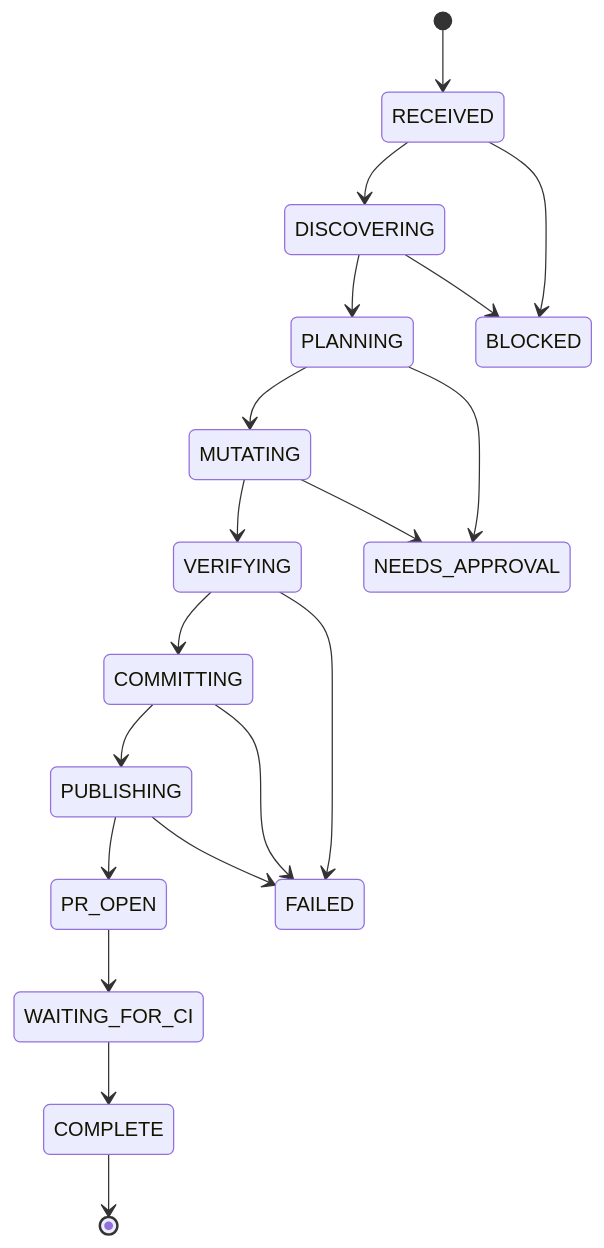
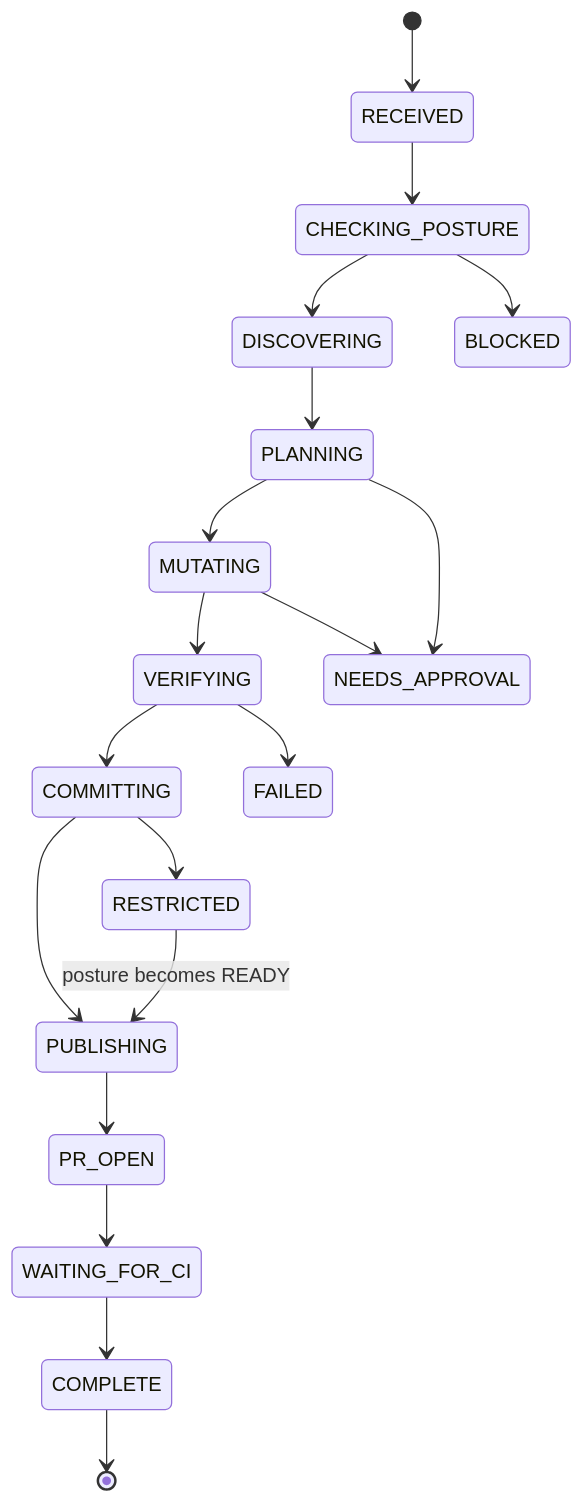
One commit to tomo-chan/agent-harness changed the third of 4 diagrams in docs/01-architecture.md. Above: the diagram before and after it, drawn with Mermaid. The commit also changed other lines of this file, not shown here.

Commit message:
docs: add posture-aware simple deployment architecture

````diff
--- a/docs/01-architecture.md
+++ b/docs/01-architecture.md
@@ -40,22 +56,22 @@
 ```mermaid
 stateDiagram-v2
     [*] --> RECEIVED
-    RECEIVED --> DISCOVERING
+    RECEIVED --> CHECKING_POSTURE
+    CHECKING_POSTURE --> DISCOVERING
     DISCOVERING --> PLANNING
     PLANNING --> MUTATING
     MUTATING --> VERIFYING
     VERIFYING --> COMMITTING
     COMMITTING --> PUBLISHING
     PUBLISHING --> PR_OPEN
     PR_OPEN --> WAITING_FOR_CI
     WAITING_FOR_CI --> COMPLETE
     COMPLETE --> [*]
 
-    RECEIVED --> BLOCKED
-    DISCOVERING --> BLOCKED
+    CHECKING_POSTURE --> BLOCKED
+    COMMITTING --> RESTRICTED
+    RESTRICTED --> PUBLISHING: posture becomes READY
     PLANNING --> NEEDS_APPROVAL
     MUTATING --> NEEDS_APPROVAL
     VERIFYING --> FAILED
-    COMMITTING --> FAILED
-    PUBLISHING --> FAILED
 ```
````
